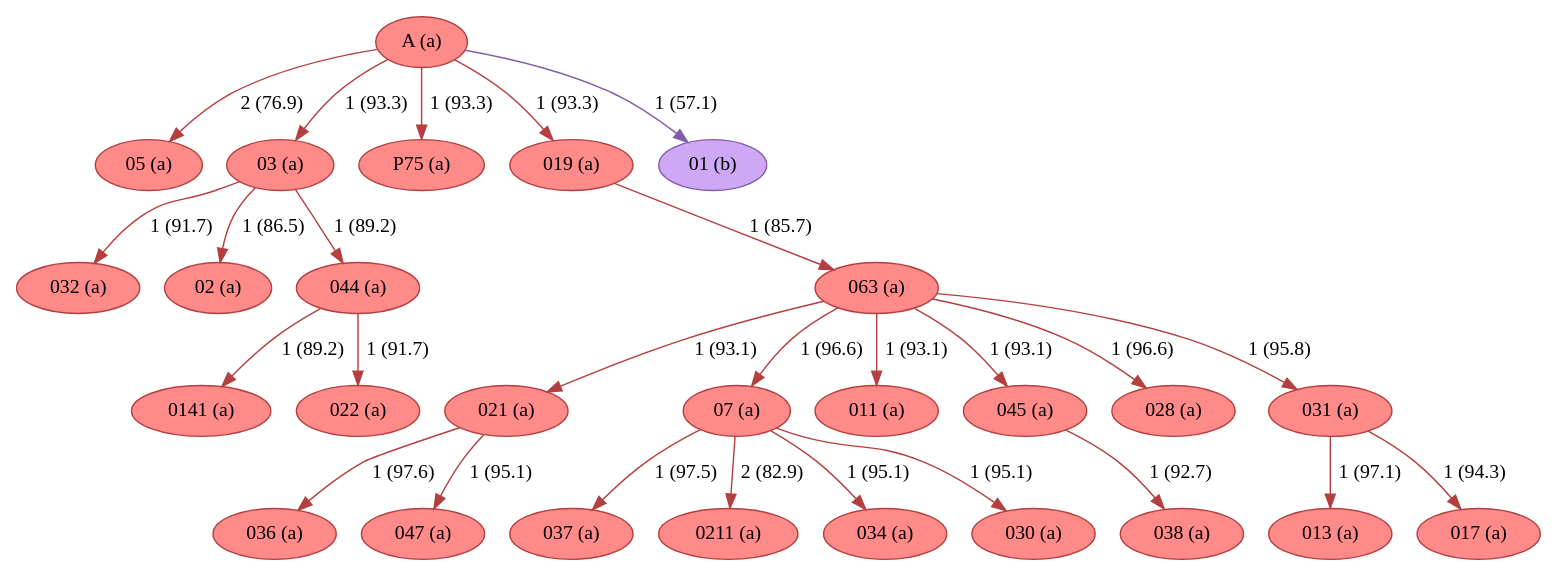
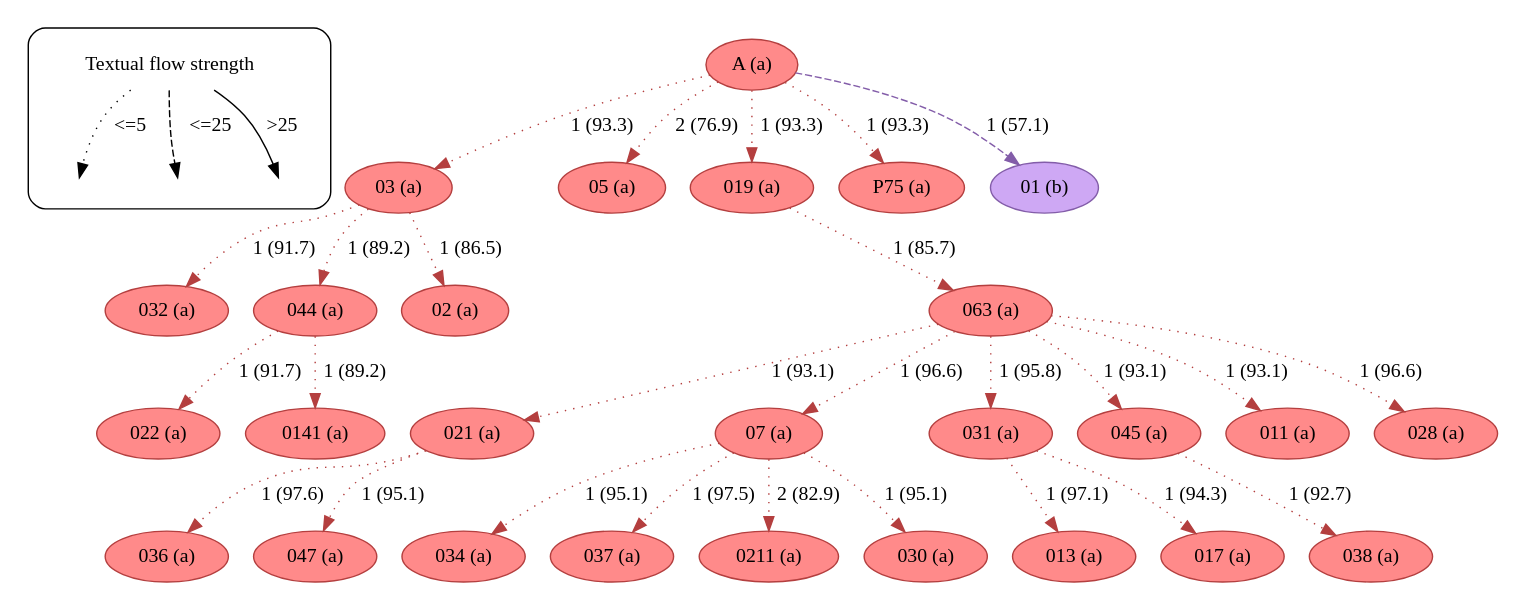
One commit to edmondac/CBGM changed the diagram in example/c499/textual_flow_21_36_c499.dot. Above: the diagram before and after it, drawn with Graphviz. The commit also changed 167 other files, not shown here.

```diff
--- a/example/c499/textual_flow_21_36_c499.dot
+++ b/example/c499/textual_flow_21_36_c499.dot
@@ -1,55 +1,212 @@
-strict digraph G {
-"013 (a)" [fillcolor="#FF8A8A", color="#b43f3f", style=filled];
-"017 (a)" [fillcolor="#FF8A8A", color="#b43f3f", style=filled];
-"032 (a)" [fillcolor="#FF8A8A", color="#b43f3f", style=filled];
-"021 (a)" [fillcolor="#FF8A8A", color="#b43f3f", style=filled];
-"037 (a)" [fillcolor="#FF8A8A", color="#b43f3f", style=filled];
-"05 (a)" [fillcolor="#FF8A8A", color="#b43f3f", style=filled];
-"02 (a)" [fillcolor="#FF8A8A", color="#b43f3f", style=filled];
-"036 (a)" [fillcolor="#FF8A8A", color="#b43f3f", style=filled];
-"07 (a)" [fillcolor="#FF8A8A", color="#b43f3f", style=filled];
-"03 (a)" [fillcolor="#FF8A8A", color="#b43f3f", style=filled];
-"P75 (a)" [fillcolor="#FF8A8A", color="#b43f3f", style=filled];
-"038 (a)" [fillcolor="#FF8A8A", color="#b43f3f", style=filled];
-"A (a)" [fillcolor="#FF8A8A", color="#b43f3f", style=filled];
-"019 (a)" [fillcolor="#FF8A8A", color="#b43f3f", style=filled];
-"0141 (a)" [fillcolor="#FF8A8A", color="#b43f3f", style=filled];
-"0211 (a)" [fillcolor="#FF8A8A", color="#b43f3f", style=filled];
-"034 (a)" [fillcolor="#FF8A8A", color="#b43f3f", style=filled];
-"011 (a)" [fillcolor="#FF8A8A", color="#b43f3f", style=filled];
-"045 (a)" [fillcolor="#FF8A8A", color="#b43f3f", style=filled];
-"01 (b)" [fillcolor="#CEA8F4", color="#835da9", style=filled];
-"030 (a)" [fillcolor="#FF8A8A", color="#b43f3f", style=filled];
-"028 (a)" [fillcolor="#FF8A8A", color="#b43f3f", style=filled];
-"022 (a)" [fillcolor="#FF8A8A", color="#b43f3f", style=filled];
-"047 (a)" [fillcolor="#FF8A8A", color="#b43f3f", style=filled];
-"044 (a)" [fillcolor="#FF8A8A", color="#b43f3f", style=filled];
-"063 (a)" [fillcolor="#FF8A8A", color="#b43f3f", style=filled];
-"031 (a)" [fillcolor="#FF8A8A", color="#b43f3f", style=filled];
-"021 (a)" -> "036 (a)"  [color="#b43f3f", label="1 (97.6)"];
-"021 (a)" -> "047 (a)"  [color="#b43f3f", label="1 (95.1)"];
-"07 (a)" -> "030 (a)"  [color="#b43f3f", label="1 (95.1)"];
-"07 (a)" -> "034 (a)"  [color="#b43f3f", label="1 (95.1)"];
-"07 (a)" -> "0211 (a)"  [color="#b43f3f", label="2 (82.9)"];
-"07 (a)" -> "037 (a)"  [color="#b43f3f", label="1 (97.5)"];
-"03 (a)" -> "044 (a)"  [color="#b43f3f", label="1 (89.2)"];
-"03 (a)" -> "032 (a)"  [color="#b43f3f", label="1 (91.7)"];
-"03 (a)" -> "02 (a)"  [color="#b43f3f", label="1 (86.5)"];
-"A (a)" -> "03 (a)"  [color="#b43f3f", label="1 (93.3)"];
-"A (a)" -> "05 (a)"  [color="#b43f3f", label="2 (76.9)"];
-"A (a)" -> "01 (b)"  [color="#835da9", label="1 (57.1)"];
-"A (a)" -> "P75 (a)"  [color="#b43f3f", label="1 (93.3)"];
-"A (a)" -> "019 (a)"  [color="#b43f3f", label="1 (93.3)"];
-"019 (a)" -> "063 (a)"  [color="#b43f3f", label="1 (85.7)"];
-"045 (a)" -> "038 (a)"  [color="#b43f3f", label="1 (92.7)"];
-"044 (a)" -> "022 (a)"  [color="#b43f3f", label="1 (91.7)"];
-"044 (a)" -> "0141 (a)"  [color="#b43f3f", label="1 (89.2)"];
-"063 (a)" -> "045 (a)"  [color="#b43f3f", label="1 (93.1)"];
-"063 (a)" -> "028 (a)"  [color="#b43f3f", label="1 (96.6)"];
-"063 (a)" -> "011 (a)"  [color="#b43f3f", label="1 (93.1)"];
-"063 (a)" -> "07 (a)"  [color="#b43f3f", label="1 (96.6)"];
-"063 (a)" -> "021 (a)"  [color="#b43f3f", label="1 (93.1)"];
-"063 (a)" -> "031 (a)"  [color="#b43f3f", label="1 (95.8)"];
-"031 (a)" -> "013 (a)"  [color="#b43f3f", label="1 (97.1)"];
-"031 (a)" -> "017 (a)"  [color="#b43f3f", label="1 (94.3)"];
+strict digraph  {
+	node [label="\N"];
+	subgraph cluster_legend {
+		graph [style=rounded];
+		leg_s		 [label="Textual flow strength",
+			shape=plaintext];
+		leg_e1		 [fixedsize=True,
+			height=0.2,
+			label="",
+			style=invis];
+		leg_s -> leg_e1		 [label="<=5  ",
+			style=dotted];
+		leg_e2		 [fixedsize=True,
+			height=0.2,
+			label="",
+			style=invis];
+		leg_s -> leg_e2		 [label="  <=25",
+			style=dashed];
+		leg_e3		 [fixedsize=True,
+			height=0.2,
+			label="",
+			style=invis];
+		leg_s -> leg_e3		 [label=">25",
+			style=solid];
+	}
+	021	 [color="#b43f3f",
+		fillcolor="#FF8A8A",
+		label="021 (a)",
+		style=filled];
+	036	 [color="#b43f3f",
+		fillcolor="#FF8A8A",
+		label="036 (a)",
+		style=filled];
+	021 -> 036	 [color="#b43f3f",
+		label="1 (97.6)",
+		style=dotted];
+	047	 [color="#b43f3f",
+		fillcolor="#FF8A8A",
+		label="047 (a)",
+		style=filled];
+	021 -> 047	 [color="#b43f3f",
+		label="1 (95.1)",
+		style=dotted];
+	03	 [color="#b43f3f",
+		fillcolor="#FF8A8A",
+		label="03 (a)",
+		style=filled];
+	032	 [color="#b43f3f",
+		fillcolor="#FF8A8A",
+		label="032 (a)",
+		style=filled];
+	03 -> 032	 [color="#b43f3f",
+		label="1 (91.7)",
+		style=dotted];
+	044	 [color="#b43f3f",
+		fillcolor="#FF8A8A",
+		label="044 (a)",
+		style=filled];
+	03 -> 044	 [color="#b43f3f",
+		label="1 (89.2)",
+		style=dotted];
+	02	 [color="#b43f3f",
+		fillcolor="#FF8A8A",
+		label="02 (a)",
+		style=filled];
+	03 -> 02	 [color="#b43f3f",
+		label="1 (86.5)",
+		style=dotted];
+	07	 [color="#b43f3f",
+		fillcolor="#FF8A8A",
+		label="07 (a)",
+		style=filled];
+	034	 [color="#b43f3f",
+		fillcolor="#FF8A8A",
+		label="034 (a)",
+		style=filled];
+	07 -> 034	 [color="#b43f3f",
+		label="1 (95.1)",
+		style=dotted];
+	037	 [color="#b43f3f",
+		fillcolor="#FF8A8A",
+		label="037 (a)",
+		style=filled];
+	07 -> 037	 [color="#b43f3f",
+		label="1 (97.5)",
+		style=dotted];
+	0211	 [color="#b43f3f",
+		fillcolor="#FF8A8A",
+		label="0211 (a)",
+		style=filled];
+	07 -> 0211	 [color="#b43f3f",
+		label="2 (82.9)",
+		style=dotted];
+	030	 [color="#b43f3f",
+		fillcolor="#FF8A8A",
+		label="030 (a)",
+		style=filled];
+	07 -> 030	 [color="#b43f3f",
+		label="1 (95.1)",
+		style=dotted];
+	031	 [color="#b43f3f",
+		fillcolor="#FF8A8A",
+		label="031 (a)",
+		style=filled];
+	013	 [color="#b43f3f",
+		fillcolor="#FF8A8A",
+		label="013 (a)",
+		style=filled];
+	031 -> 013	 [color="#b43f3f",
+		label="1 (97.1)",
+		style=dotted];
+	017	 [color="#b43f3f",
+		fillcolor="#FF8A8A",
+		label="017 (a)",
+		style=filled];
+	031 -> 017	 [color="#b43f3f",
+		label="1 (94.3)",
+		style=dotted];
+	063	 [color="#b43f3f",
+		fillcolor="#FF8A8A",
+		label="063 (a)",
+		style=filled];
+	063 -> 021	 [color="#b43f3f",
+		label="1 (93.1)",
+		style=dotted];
+	063 -> 07	 [color="#b43f3f",
+		label="1 (96.6)",
+		style=dotted];
+	063 -> 031	 [color="#b43f3f",
+		label="1 (95.8)",
+		style=dotted];
+	045	 [color="#b43f3f",
+		fillcolor="#FF8A8A",
+		label="045 (a)",
+		style=filled];
+	063 -> 045	 [color="#b43f3f",
+		label="1 (93.1)",
+		style=dotted];
+	011	 [color="#b43f3f",
+		fillcolor="#FF8A8A",
+		label="011 (a)",
+		style=filled];
+	063 -> 011	 [color="#b43f3f",
+		label="1 (93.1)",
+		style=dotted];
+	028	 [color="#b43f3f",
+		fillcolor="#FF8A8A",
+		label="028 (a)",
+		style=filled];
+	063 -> 028	 [color="#b43f3f",
+		label="1 (96.6)",
+		style=dotted];
+	038	 [color="#b43f3f",
+		fillcolor="#FF8A8A",
+		label="038 (a)",
+		style=filled];
+	045 -> 038	 [color="#b43f3f",
+		label="1 (92.7)",
+		style=dotted];
+	A	 [color="#b43f3f",
+		fillcolor="#FF8A8A",
+		label="A (a)",
+		style=filled];
+	A -> 03	 [color="#b43f3f",
+		label="1 (93.3)",
+		style=dotted];
+	05	 [color="#b43f3f",
+		fillcolor="#FF8A8A",
+		label="05 (a)",
+		style=filled];
+	A -> 05	 [color="#b43f3f",
+		label="2 (76.9)",
+		style=dotted];
+	019	 [color="#b43f3f",
+		fillcolor="#FF8A8A",
+		label="019 (a)",
+		style=filled];
+	A -> 019	 [color="#b43f3f",
+		label="1 (93.3)",
+		style=dotted];
+	P75	 [color="#b43f3f",
+		fillcolor="#FF8A8A",
+		label="P75 (a)",
+		style=filled];
+	A -> P75	 [color="#b43f3f",
+		label="1 (93.3)",
+		style=dotted];
+	01	 [color="#835da9",
+		fillcolor="#CEA8F4",
+		label="01 (b)",
+		style=filled];
+	A -> 01	 [color="#835da9",
+		label="1 (57.1)",
+		style=dashed];
+	019 -> 063	 [color="#b43f3f",
+		label="1 (85.7)",
+		style=dotted];
+	022	 [color="#b43f3f",
+		fillcolor="#FF8A8A",
+		label="022 (a)",
+		style=filled];
+	044 -> 022	 [color="#b43f3f",
+		label="1 (91.7)",
+		style=dotted];
+	0141	 [color="#b43f3f",
+		fillcolor="#FF8A8A",
+		label="0141 (a)",
+		style=filled];
+	044 -> 0141	 [color="#b43f3f",
+		label="1 (89.2)",
+		style=dotted];
 }
```
